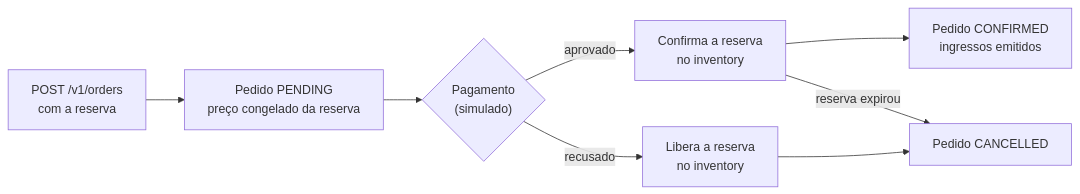
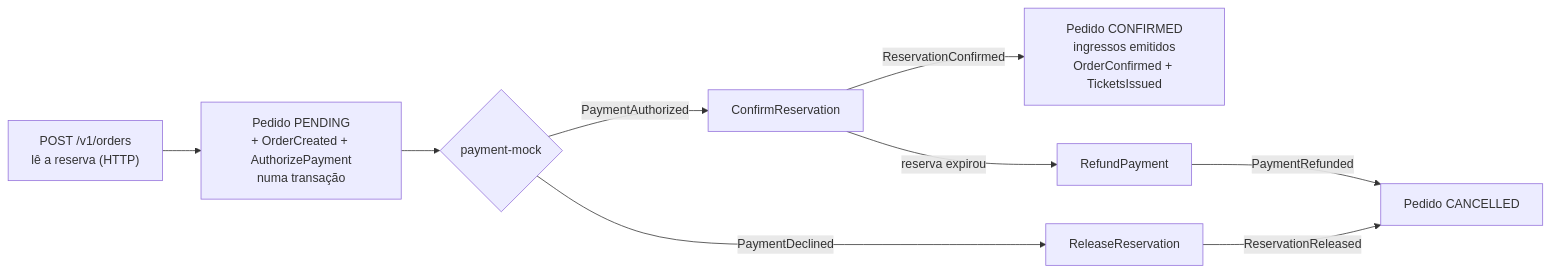
The diagram in services/order-service/README.md (CezarGarcia/Lotou), drawn with Mermaid before and after one commit. The commit also changed other lines of this file and 9 other files, not shown here.

````diff
--- a/services/order-service/README.md
+++ b/services/order-service/README.md
@@ -9,10 +9,11 @@
 ```mermaid
 flowchart LR
-    A["POST /v1/orders<br/>com a reserva"] --> B["Pedido PENDING<br/>preço congelado da reserva"]
-    B --> C{"Pagamento<br/>(simulado)"}
-    C -- aprovado --> D["Confirma a reserva<br/>no inventory"]
-    D --> E["Pedido CONFIRMED<br/>ingressos emitidos"]
-    C -- recusado --> F["Libera a reserva<br/>no inventory"]
-    F --> G["Pedido CANCELLED"]
-    D -- "reserva expirou" --> G
+    A["POST /v1/orders<br/>lê a reserva (HTTP)"] --> B["Pedido PENDING<br/>+ OrderCreated + AuthorizePayment<br/>numa transação"]
+    B --> C{"payment-mock"}
+    C -- PaymentAuthorized --> D["ConfirmReservation"]
+    D -- ReservationConfirmed --> E["Pedido CONFIRMED<br/>ingressos emitidos<br/>OrderConfirmed + TicketsIssued"]
+    C -- PaymentDeclined --> F["ReleaseReservation"]
+    F -- ReservationReleased --> G["Pedido CANCELLED"]
+    D -- "reserva expirou" --> R["RefundPayment"]
+    R -- PaymentRefunded --> G
 ```
````
